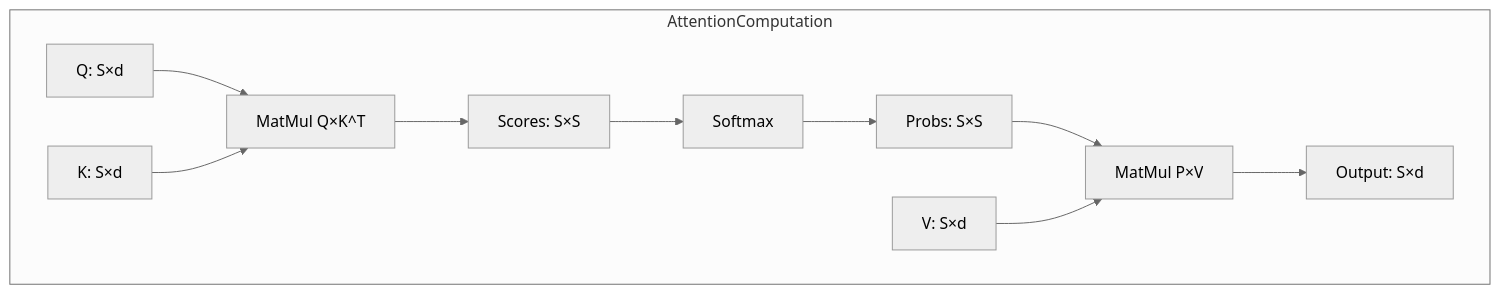
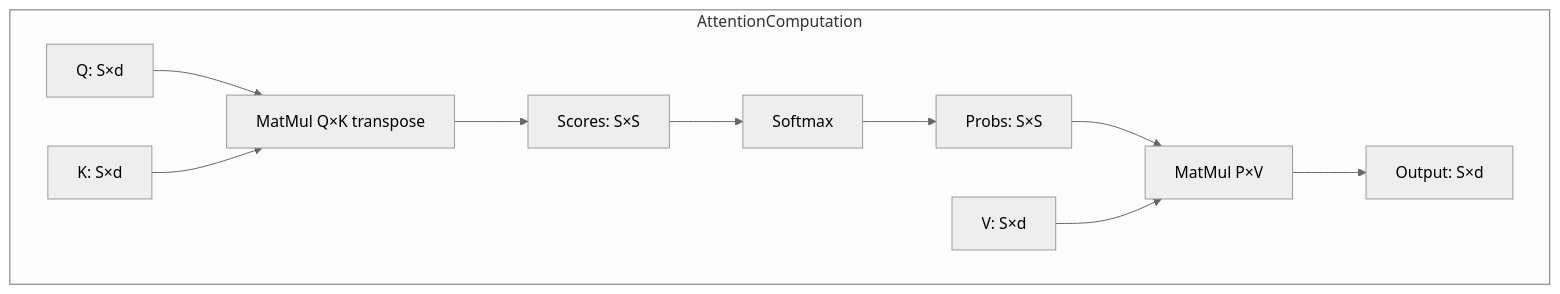
The tenth of 37 diagrams in lab0.2/README.md (Shahriarin2garden/vllm_from_scratch), drawn with Mermaid (neutral theme) before and after one commit. The commit also changed other lines of this file and 2 other files, not shown here.

Commit message:
Refactor diagrams in README.md and lab0.2final.md for clarity and consistency

````diff
--- a/lab0.2/README.md
+++ b/lab0.2/README.md
@@ -363,13 +363,13 @@
 ```mermaid
 graph TD
     subgraph AttentionComputation
-        A[Q: S×d] --> M1[MatMul Q×K^T]
+        A[Q: S×d] --> M1[MatMul Q×K transpose]
         B[K: S×d] --> M1
         M1 --> S[Scores: S×S]
         S --> SM[Softmax]
         SM --> P[Probs: S×S]
         P --> M2[MatMul P×V]
         C[V: S×d] --> M2
         M2 --> O[Output: S×d]
     end
 ```
````
